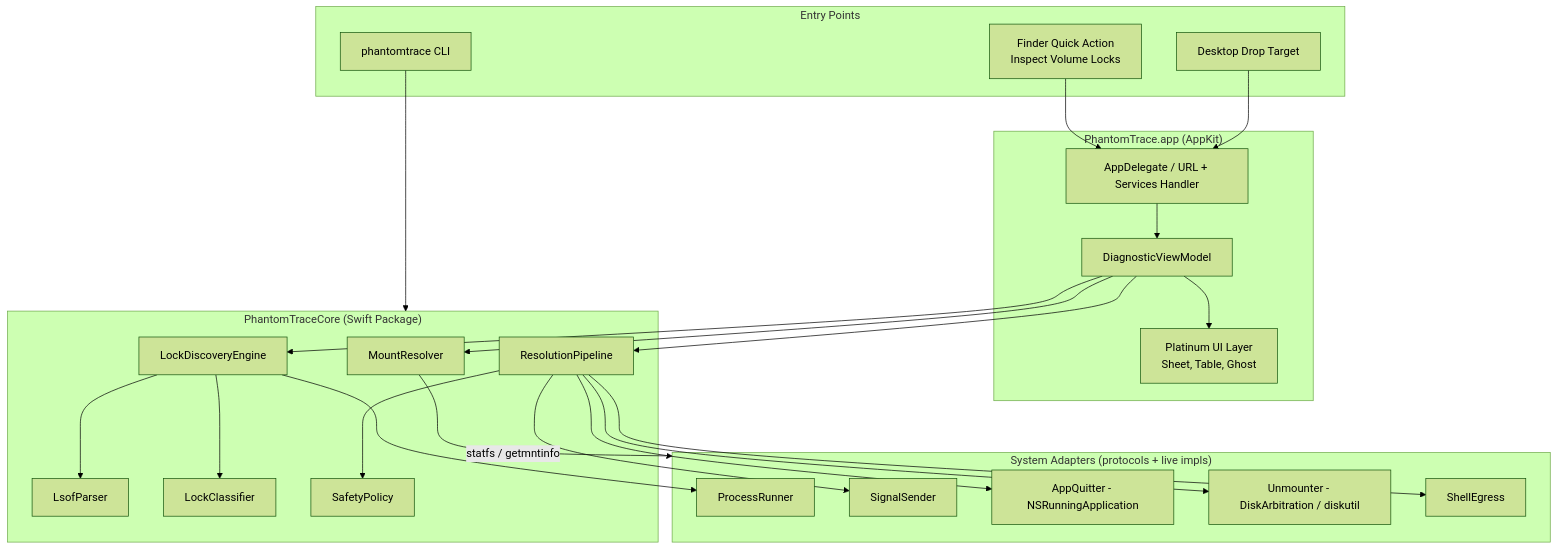
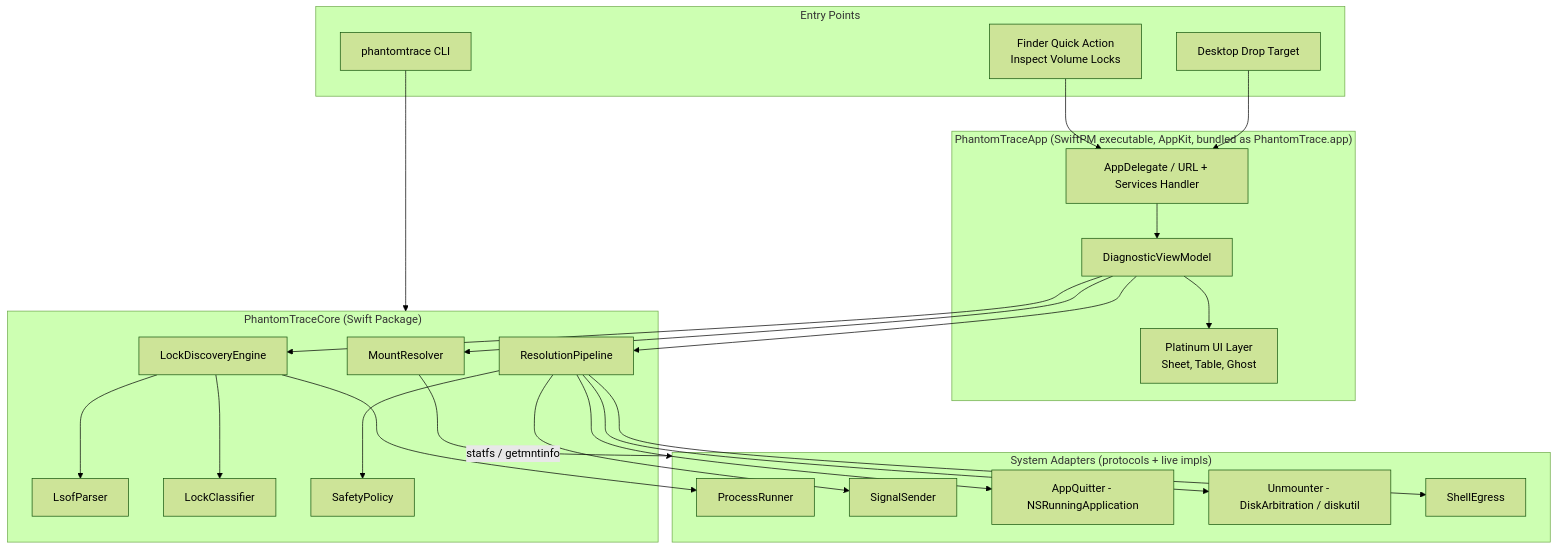
Before and after one commit to iolaire/PhantomTrace: the first of 5 diagrams in .kiro/specs/phantomtrace-volume-lock-forensics/design.md, drawn with Mermaid (forest theme). The commit also changed other lines of this file and 3 other files, not shown here.

````diff
--- a/.kiro/specs/phantomtrace-volume-lock-forensics/design.md
+++ b/.kiro/specs/phantomtrace-volume-lock-forensics/design.md
@@ -13,49 +15,49 @@
 ```mermaid
 graph TD
     subgraph Entry["Entry Points"]
         QA[Finder Quick Action<br/>Inspect Volume Locks]
         DT[Desktop Drop Target]
         CLI[phantomtrace CLI]
     end
 
-    subgraph App["PhantomTrace.app (AppKit)"]
+    subgraph App["PhantomTraceApp (SwiftPM executable, AppKit, bundled as PhantomTrace.app)"]
         AD[AppDelegate / URL + Services Handler]
         VM[DiagnosticViewModel]
         UI[Platinum UI Layer<br/>Sheet, Table, Ghost]
     end
 
     subgraph Core["PhantomTraceCore (Swift Package)"]
         MR[MountResolver]
         LD[LockDiscoveryEngine]
         PP[LsofParser]
         CL[LockClassifier]
         RP[ResolutionPipeline]
         SP[SafetyPolicy]
     end
 
     subgraph Sys["System Adapters (protocols + live impls)"]
         PR[ProcessRunner]
         SG[SignalSender]
         AP[AppQuitter - NSRunningApplication]
         UM[Unmounter - DiskArbitration / diskutil]
         SH[ShellEgress]
     end
 
     QA --> AD
     DT --> AD
     CLI --> Core
     AD --> VM
     VM --> UI
     VM --> MR
     VM --> LD
     VM --> RP
     LD --> PR
     LD --> PP
     LD --> CL
     RP --> SP
     RP --> SH
     RP --> AP
     RP --> SG
     RP --> UM
     MR --> |statfs / getmntinfo| Sys
 ```
````
